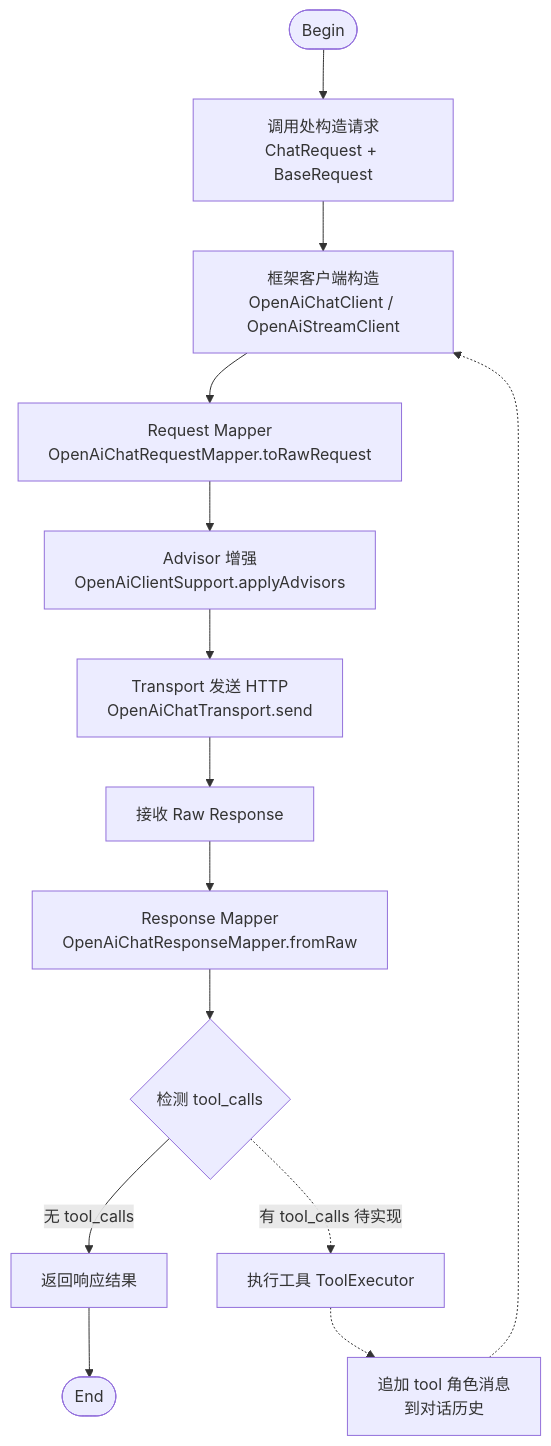
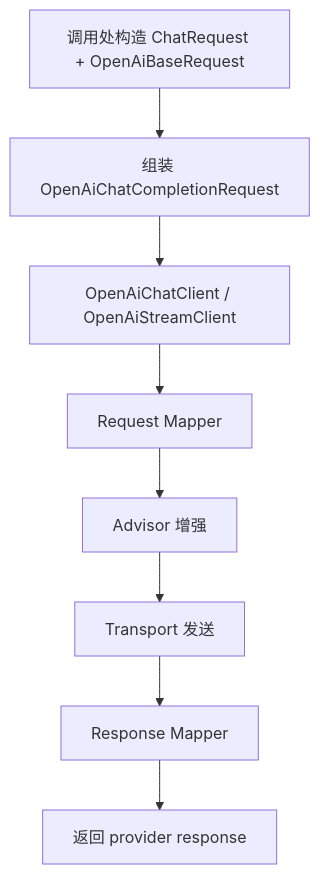
One commit to Halcyonsong/liteagent-template changed the first of 2 diagrams in README.md. Above: the diagram before and after it, drawn with Mermaid. The commit also changed other lines of this file and 86 other files, not shown here.

````diff
--- a/README.md
+++ b/README.md
@@ -42,16 +40,10 @@
 ```mermaid
 flowchart TD
-    Begin([Begin]) --> A1[调用处构造请求<br/>ChatRequest + BaseRequest]
-    A1 --> A2[框架客户端构造<br/>OpenAiChatClient / OpenAiStreamClient]
-    A2 --> A3[Request Mapper<br/>OpenAiChatRequestMapper.toRawRequest]
-    A3 --> A4[Advisor 增强<br/>OpenAiClientSupport.applyAdvisors]
-    A4 --> A5[Transport 发送 HTTP<br/>OpenAiChatTransport.send]
-    A5 --> A6[接收 Raw Response]
-    A6 --> A7[Response Mapper<br/>OpenAiChatResponseMapper.fromRaw]
-    A7 --> A8{检测 tool_calls}
-    A8 -->|无 tool_calls| A9[返回响应结果]
-    A9 --> End([End])
-    A8 -.->|有 tool_calls 待实现| B1[执行工具 ToolExecutor]
-    B1 -.-> B2[追加 tool 角色消息<br/>到对话历史]
-    B2 -.-> A2
+    A1[调用处构造 ChatRequest + OpenAiBaseRequest] --> A2[组装 OpenAiChatCompletionRequest]
+    A2 --> A3[OpenAiChatClient / OpenAiStreamClient]
+    A3 --> A4[Request Mapper]
+    A4 --> A5[Advisor 增强]
+    A5 --> A6[Transport 发送]
+    A6 --> A7[Response Mapper]
+    A7 --> A8[返回 provider response]
 ```
````
